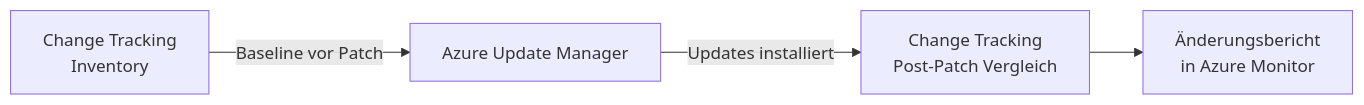
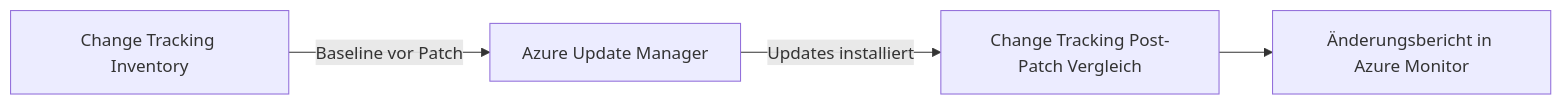
One commit to SoniiiT/notes-n-docs changed the fourth of 4 diagrams in Microsoft 365/Azure/Monitor und Management/Azure Update Manager.md. Above: the diagram before and after it, drawn with Mermaid. The commit also changed other lines of this file and 124 other files, not shown here.

First line of the commit message:
fix: Entferne \n aus allen Mermaid-Diagrammen (125 Dateien)

````diff
--- a/Microsoft 365/Azure/Monitor und Management/Azure Update Manager.md
+++ b/Microsoft 365/Azure/Monitor und Management/Azure Update Manager.md
@@ -402,6 +402,6 @@
 ```mermaid
 graph LR
-    A[Change Tracking\nInventory] -- Baseline vor Patch --> B[Azure Update Manager]
-    B -- Updates installiert --> C[Change Tracking\nPost-Patch Vergleich]
-    C --> D[Änderungsbericht\nin Azure Monitor]
+    A[Change Tracking Inventory] -- Baseline vor Patch --> B[Azure Update Manager]
+    B -- Updates installiert --> C[Change Tracking Post-Patch Vergleich]
+    C --> D[Änderungsbericht in Azure Monitor]
 ```
````
